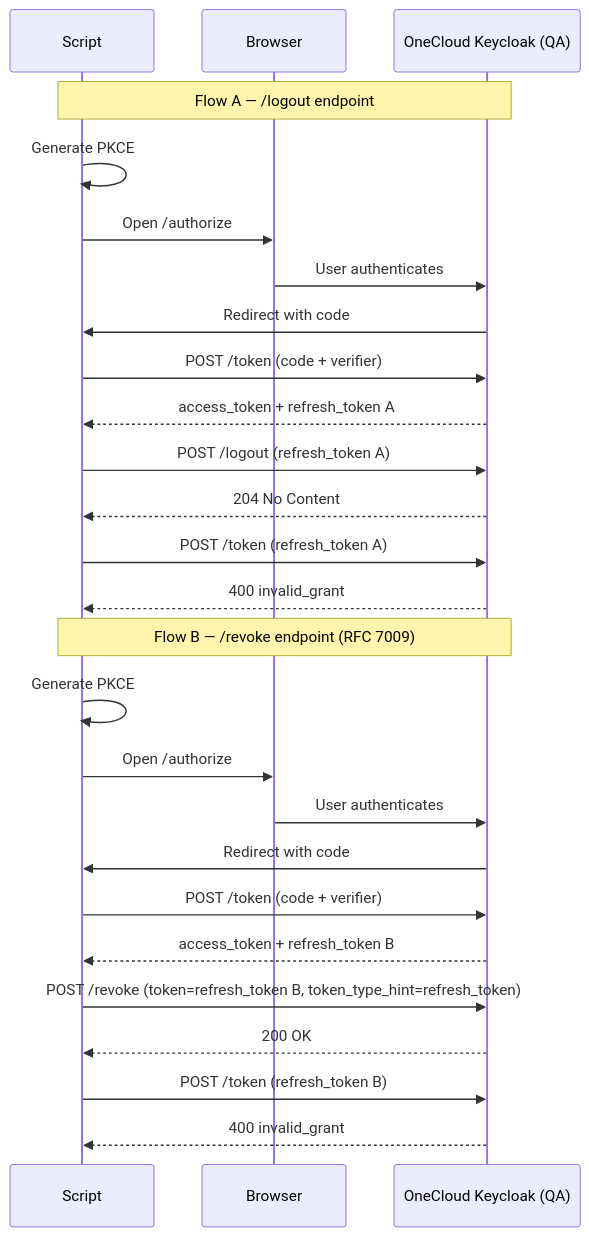
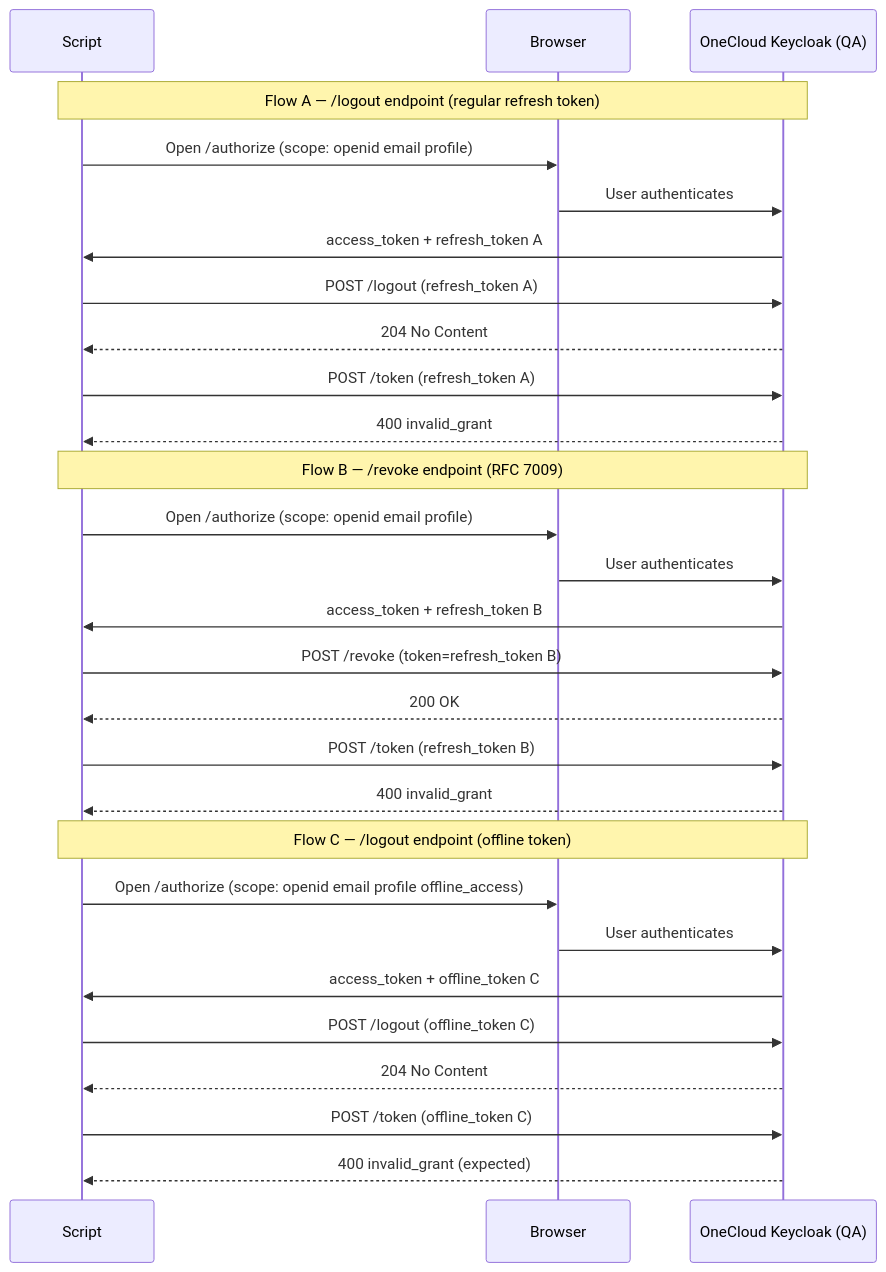
One commit to aripermana-putra/ucp-docs-collection changed the diagram in docs/projects/universal-control-plane-ucp/pocs/keycloak-session-revoke/design.md. Above: the diagram before and after it, drawn with Mermaid. The commit also changed other lines of this file and 3 other files, not shown here.

First line of the commit message:
docs: MCUCP-238 update keycloak session revoke PoC with Flow C results

````diff
--- a/docs/projects/universal-control-plane-ucp/pocs/keycloak-session-revoke/design.md
+++ b/docs/projects/universal-control-plane-ucp/pocs/keycloak-session-revoke/design.md
@@ -42,36 +45,36 @@
 ```mermaid
 sequenceDiagram
     participant Script
     participant Browser
     participant Keycloak as OneCloud Keycloak (QA)
 
-    Note over Script,Keycloak: Flow A — /logout endpoint
+    Note over Script,Keycloak: Flow A — /logout endpoint (regular refresh token)
 
-    Script->>Script: Generate PKCE
-    Script->>Browser: Open /authorize
+    Script->>Browser: Open /authorize (scope: openid email profile)
     Browser->>Keycloak: User authenticates
-    Keycloak->>Script: Redirect with code
-    Script->>Keycloak: POST /token (code + verifier)
-    Keycloak-->>Script: access_token + refresh_token A
-
+    Keycloak->>Script: access_token + refresh_token A
     Script->>Keycloak: POST /logout (refresh_token A)
     Keycloak-->>Script: 204 No Content
-
     Script->>Keycloak: POST /token (refresh_token A)
     Keycloak-->>Script: 400 invalid_grant
 
     Note over Script,Keycloak: Flow B — /revoke endpoint (RFC 7009)
 
-    Script->>Script: Generate PKCE
-    Script->>Browser: Open /authorize
+    Script->>Browser: Open /authorize (scope: openid email profile)
     Browser->>Keycloak: User authenticates
-    Keycloak->>Script: Redirect with code
-    Script->>Keycloak: POST /token (code + verifier)
-    Keycloak-->>Script: access_token + refresh_token B
-
-    Script->>Keycloak: POST /revoke (token=refresh_token B, token_type_hint=refresh_token)
+    Keycloak->>Script: access_token + refresh_token B
+    Script->>Keycloak: POST /revoke (token=refresh_token B)
     Keycloak-->>Script: 200 OK
-
     Script->>Keycloak: POST /token (refresh_token B)
     Keycloak-->>Script: 400 invalid_grant
+
+    Note over Script,Keycloak: Flow C — /logout endpoint (offline token)
+
+    Script->>Browser: Open /authorize (scope: openid email profile offline_access)
+    Browser->>Keycloak: User authenticates
+    Keycloak->>Script: access_token + offline_token C
+    Script->>Keycloak: POST /logout (offline_token C)
+    Keycloak-->>Script: 204 No Content
+    Script->>Keycloak: POST /token (offline_token C)
+    Keycloak-->>Script: 400 invalid_grant (expected)
 ```
````
